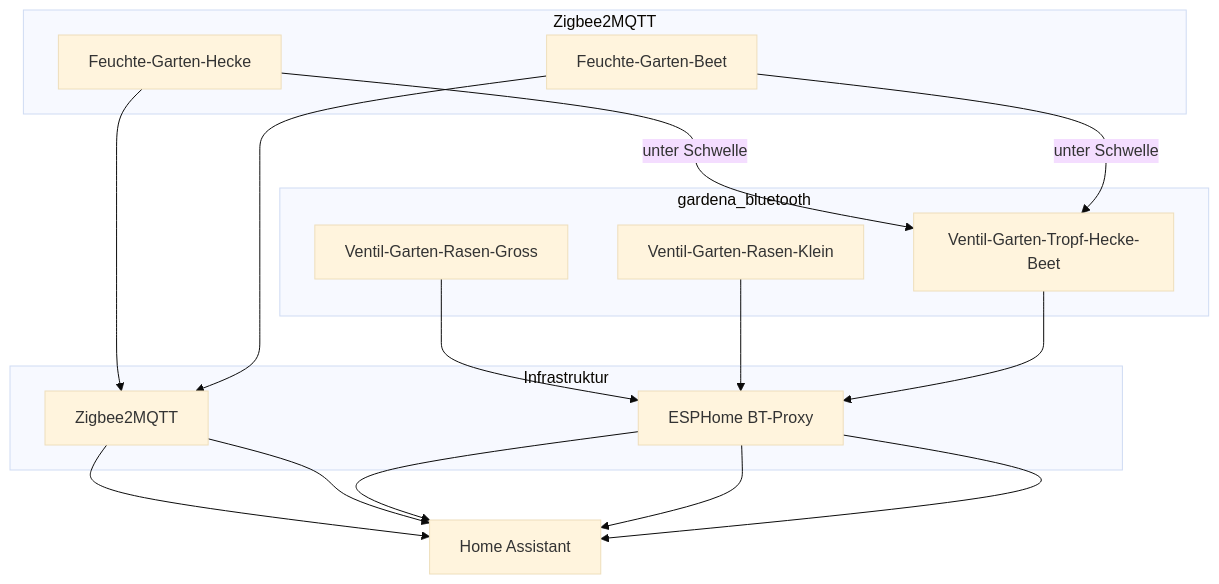
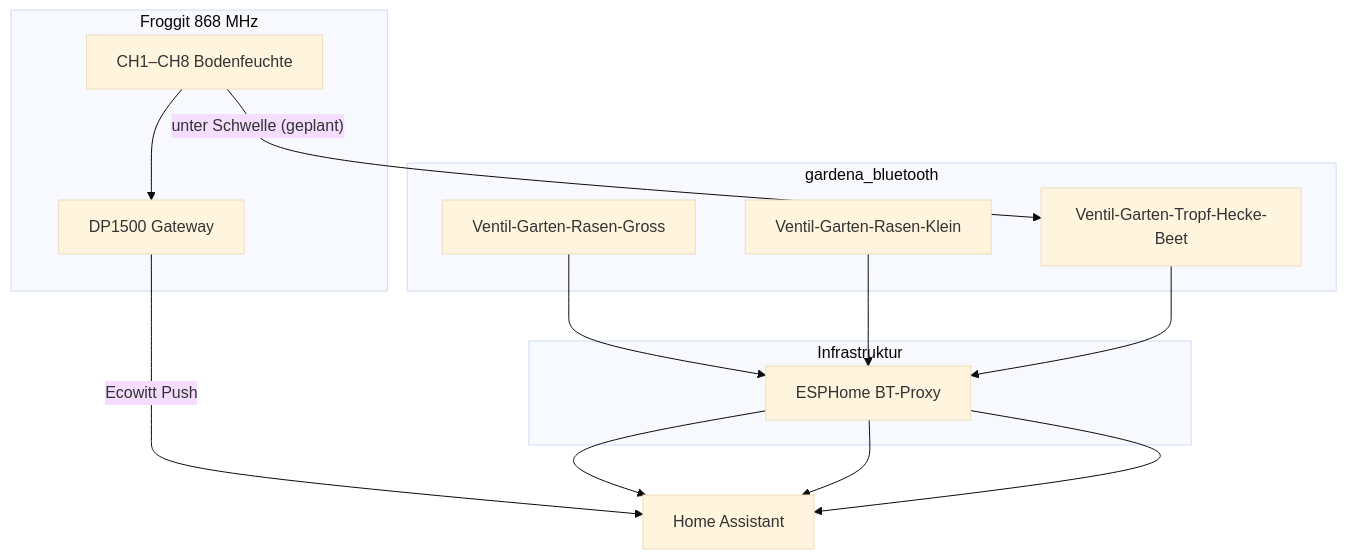
The diagram in docs/garten-bewaesserung.md (stefansiegl/homeassistant), drawn with Mermaid (base theme) before and after one commit. The commit also changed other lines of this file and 36 other files, not shown here.

First line of the commit message:
Froggit-Garten, Lüftungs-Refactor und drei neue Dashboards.

````diff
--- a/docs/garten-bewaesserung.md
+++ b/docs/garten-bewaesserung.md
@@ -19,23 +21,20 @@
 ```mermaid
 flowchart TB
-  subgraph zigbee [Zigbee2MQTT]
-    FH["Feuchte-Garten-Hecke"]
-    FB["Feuchte-Garten-Beet"]
+  subgraph froggit [Froggit 868 MHz]
+    DP1500["DP1500 Gateway"]
+    S1["CH1–CH8 Bodenfeuchte"]
   end
   subgraph bt [gardena_bluetooth]
     VA["Ventil-Garten-Rasen-Gross"]
     VB["Ventil-Garten-Rasen-Klein"]
     VC["Ventil-Garten-Tropf-Hecke-Beet"]
   end
   subgraph infra [Infrastruktur]
-    Z2M["Zigbee2MQTT"]
     Proxy["ESPHome BT-Proxy"]
   end
-  FH --> Z2M --> HA["Home Assistant"]
-  FB --> Z2M --> HA
+  S1 --> DP1500 -->|"Ecowitt Push"| HA["Home Assistant"]
   VA --> Proxy --> HA
   VB --> Proxy --> HA
   VC --> Proxy --> HA
-  FH -->|"unter Schwelle"| VC
-  FB -->|"unter Schwelle"| VC
+  S1 -->|"unter Schwelle (geplant)"| VC
 ```
````
